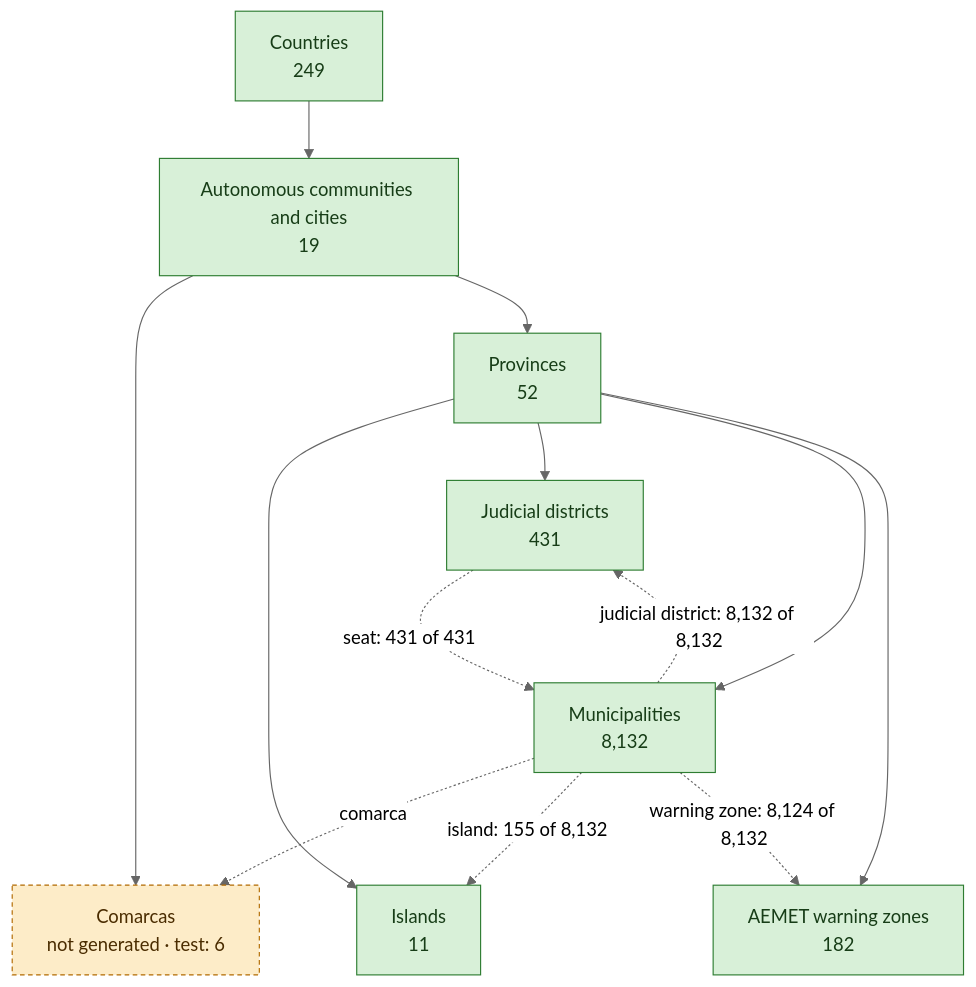
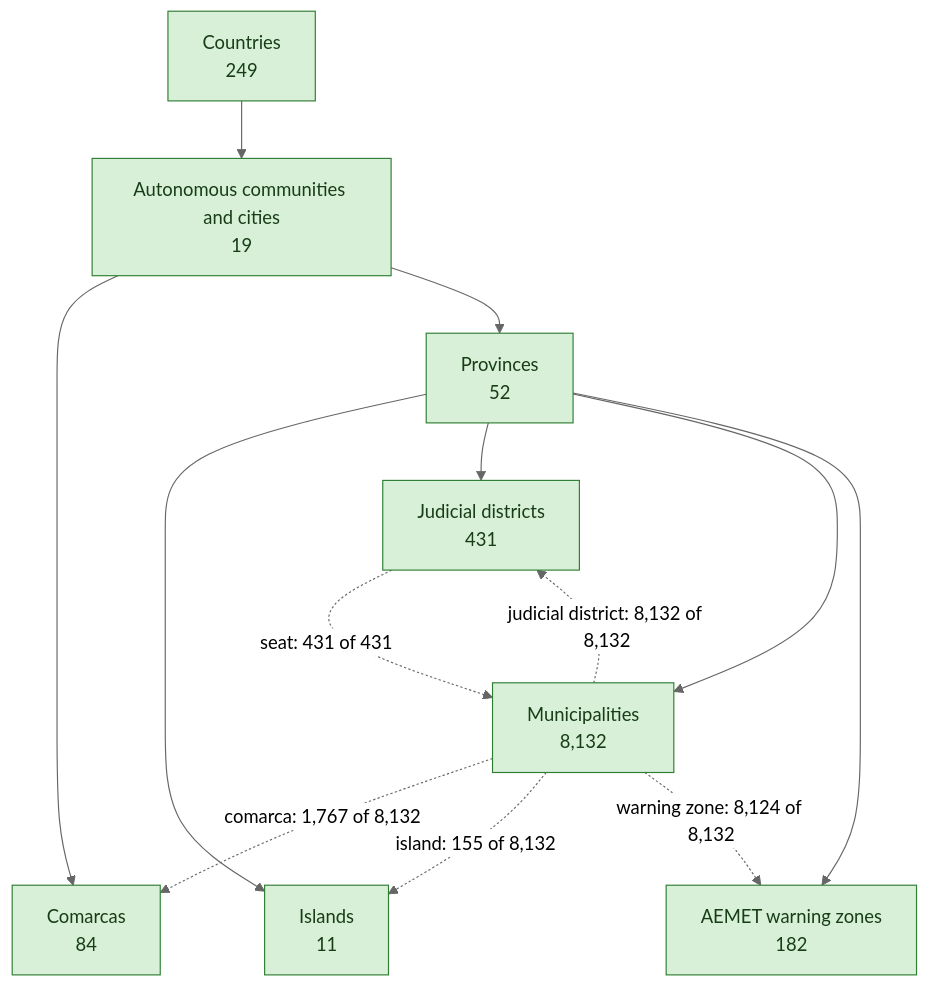
The first of 6 diagrams in docs/status.md (alertapublica/territorios-es), drawn with Mermaid (neutral theme) before and after one commit. The commit also changed other lines of this file and 2 other files, not shown here.

Commit message:
Estado: regenerado con los datos de main (comarcas incluidas); generar.yml también lo regenera al subir datos a una rama

````diff
--- a/docs/status.md
+++ b/docs/status.md
@@ -15,26 +15,26 @@
 ```mermaid
 flowchart TB
   autonomous_community["Autonomous communities and cities<br>19"]:::done
   province["Provinces<br>52"]:::done
   municipality["Municipalities<br>8,132"]:::done
   island["Islands<br>11"]:::done
   judicial_district["Judicial districts<br>431"]:::done
   warning_zone["AEMET warning zones<br>182"]:::done
-  comarca["Comarcas<br>not generated · test: 6"]:::todo
+  comarca["Comarcas<br>84"]:::done
   country["Countries<br>249"]:::done
   autonomous_community --> comarca
   autonomous_community --> province
   country --> autonomous_community
   province --> island
   province --> judicial_district
   province --> municipality
   province --> warning_zone
   judicial_district -.->|"seat: 431 of 431"| municipality
-  municipality -.->|"comarca"| comarca
+  municipality -.->|"comarca: 1,767 of 8,132"| comarca
   municipality -.->|"island: 155 of 8,132"| island
   municipality -.->|"judicial district: 8,132 of 8,132"| judicial_district
   municipality -.->|"warning zone: 8,124 of 8,132"| warning_zone
   classDef done fill:#d8f0d8,stroke:#2e7d32,color:#173d17
   classDef todo fill:#fdecc8,stroke:#b26a00,color:#4a2c00,stroke-dasharray:4 3
   classDef box fill:#e6eef8,stroke:#3b6ea8,color:#14304f
 ```
````
